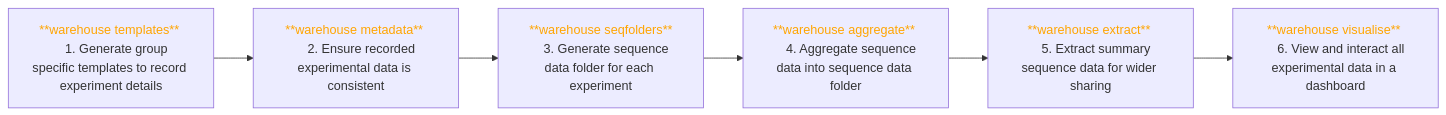
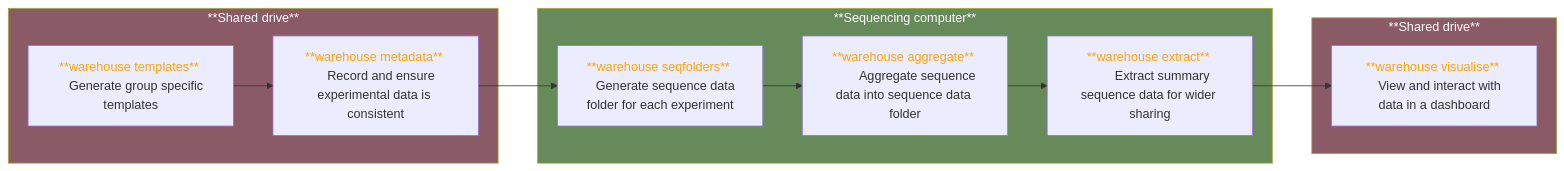
The diagram in README.md (nomads-community/warehouse), drawn with Mermaid before and after one commit. The commit also changed other lines of this file, not shown here.

````diff
--- a/README.md
+++ b/README.md
@@ -9,15 +9,26 @@
 ```mermaid
 flowchart LR
+    subgraph OS1["**Shared drive**"]
     A[<span style="color:orange;">**warehouse templates**</span> 
-    1. Generate group specific templates to record experiment details] --> B[<span style="color:orange;">**warehouse metadata**</span> 
-    2. Ensure recorded experimental data is consistent]
-    B --> C[<span style="color:orange;">**warehouse seqfolders**</span>
-    3. Generate sequence data folder for each experiment]
-    C --> D[<span style="color:orange;">**warehouse aggregate**</span> 
-    4. Aggregate sequence data into sequence data folder]
-    D --> E[<span style="color:orange;">**warehouse extract**</span> 
-    5. Extract summary sequence data for wider sharing]
+    Generate group specific templates] --> B[<span style="color:orange;">**warehouse metadata**</span> 
+    Record and ensure experimental data is consistent]
+    end
+    B --> C[<span style="color:orange;">**warehouse seqfolders**</span> 
+    Generate sequence data folder for each experiment]
+    subgraph SC["**Sequencing computer**"]
+        C --> D[<span style="color:orange;">**warehouse aggregate**</span> 
+        Aggregate sequence data into sequence data folder]
+        D --> E[<span style="color:orange;">**warehouse extract**</span> 
+        Extract summary sequence data for wider sharing]
+    end
+    subgraph OS2["**Shared drive**"]
     E --> T[<span style="color:orange;">**warehouse visualise**</span> 
-    6. View and interact all experimental data in a dashboard]
+    View and interact with data in a dashboard]
+    end
+
+
+style OS1 fill:#8a5a67, color: #fefdfd
+style OS2 fill:#8a5a67, color: #fefdfd
+style SC fill:#678a5a, color: #fefdfd
     
 ```
````
